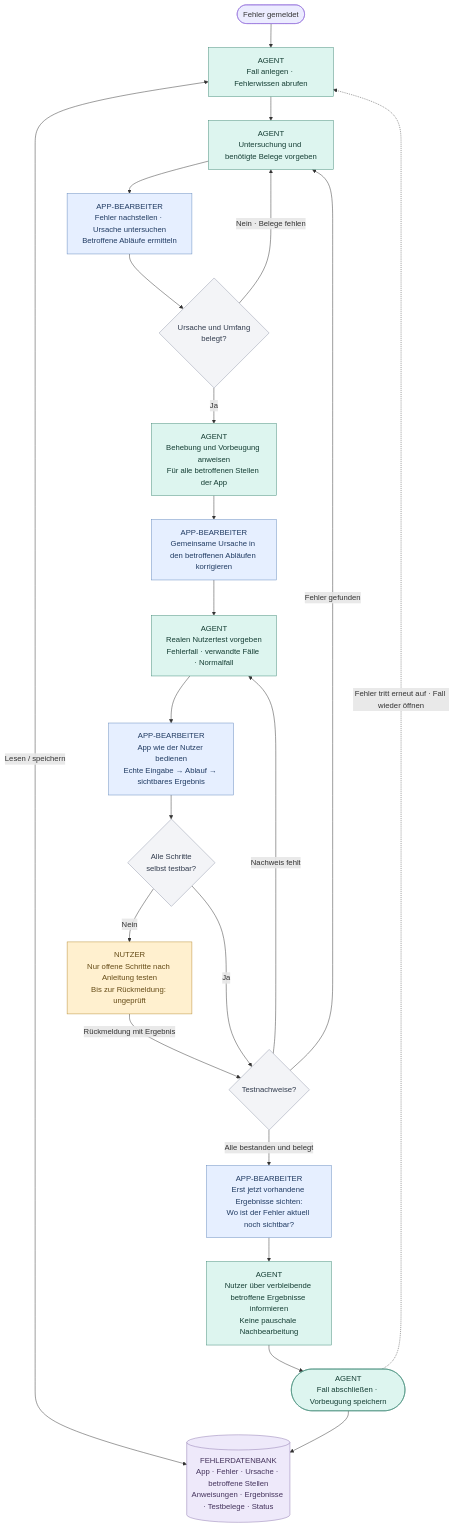
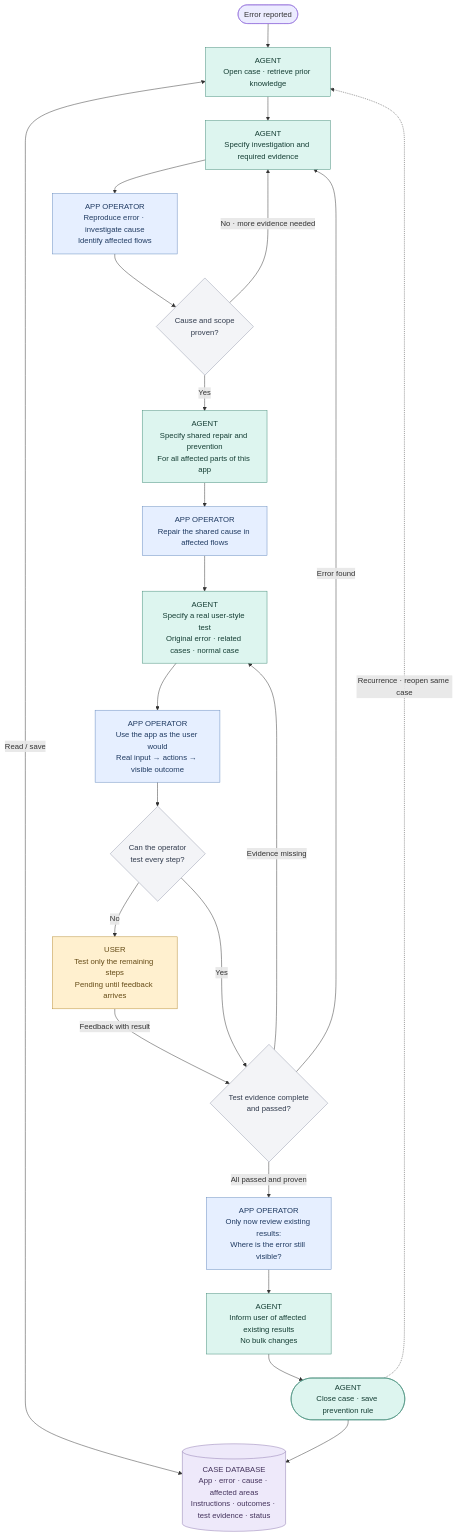
One commit to plutunieer/holistic-repair-agent changed the diagram in URS.md. Above: the diagram before and after it, drawn with Mermaid. The commit also changed other lines of this file and 2 other files, not shown here.

Commit message:
Translate repair agent URS to English

````diff
--- a/URS.md
+++ b/URS.md
@@ -9,36 +9,36 @@
 ```mermaid
 flowchart TD
-    START([Fehler gemeldet]) --> A["AGENT<br/>Fall anlegen · Fehlerwissen abrufen"]
-    DB[("FEHLERDATENBANK<br/>App · Fehler · Ursache · betroffene Stellen<br/>Anweisungen · Ergebnisse · Testbelege · Status")]
-    A <-->|Lesen / speichern| DB
-    A --> B["AGENT<br/>Untersuchung und benötigte Belege vorgeben"]
-    B --> C["APP-BEARBEITER<br/>Fehler nachstellen · Ursache untersuchen<br/>Betroffene Abläufe ermitteln"]
-    C --> D{"Ursache und Umfang<br/>belegt?"}
-    D -->|Nein · Belege fehlen| B
-    D -->|Ja| E["AGENT<br/>Behebung und Vorbeugung anweisen<br/>Für alle betroffenen Stellen der App"]
-    E --> F["APP-BEARBEITER<br/>Gemeinsame Ursache in den betroffenen Abläufen korrigieren"]
-    F --> G["AGENT<br/>Realen Nutzertest vorgeben<br/>Fehlerfall · verwandte Fälle · Normalfall"]
-    G --> H["APP-BEARBEITER<br/>App wie der Nutzer bedienen<br/>Echte Eingabe → Ablauf → sichtbares Ergebnis"]
-    H --> I{"Alle Schritte<br/>selbst testbar?"}
-    I -->|Nein| J["NUTZER<br/>Nur offene Schritte nach Anleitung testen<br/>Bis zur Rückmeldung: ungeprüft"]
-    I -->|Ja| K{"Testnachweise?"}
-    J -->|Rückmeldung mit Ergebnis| K
-    K -->|Fehler gefunden| B
-    K -->|Nachweis fehlt| G
-    K -->|Alle bestanden und belegt| L["APP-BEARBEITER<br/>Erst jetzt vorhandene Ergebnisse sichten:<br/>Wo ist der Fehler aktuell noch sichtbar?"]
-    L --> M["AGENT<br/>Nutzer über verbleibende betroffene Ergebnisse informieren<br/>Keine pauschale Nachbearbeitung"]
-    M --> END(["AGENT<br/>Fall abschließen · Vorbeugung speichern"])
+    START([Error reported]) --> A["AGENT<br/>Open case · retrieve prior knowledge"]
+    DB[("CASE DATABASE<br/>App · error · cause · affected areas<br/>Instructions · outcomes · test evidence · status")]
+    A <-->|Read / save| DB
+    A --> B["AGENT<br/>Specify investigation and required evidence"]
+    B --> C["APP OPERATOR<br/>Reproduce error · investigate cause<br/>Identify affected flows"]
+    C --> D{"Cause and scope<br/>proven?"}
+    D -->|No · more evidence needed| B
+    D -->|Yes| E["AGENT<br/>Specify shared repair and prevention<br/>For all affected parts of this app"]
+    E --> F["APP OPERATOR<br/>Repair the shared cause in affected flows"]
+    F --> G["AGENT<br/>Specify a real user-style test<br/>Original error · related cases · normal case"]
+    G --> H["APP OPERATOR<br/>Use the app as the user would<br/>Real input → actions → visible outcome"]
+    H --> I{"Can the operator<br/>test every step?"}
+    I -->|No| J["USER<br/>Test only the remaining steps<br/>Pending until feedback arrives"]
+    I -->|Yes| K{"Test evidence complete<br/>and passed?"}
+    J -->|Feedback with result| K
+    K -->|Error found| B
+    K -->|Evidence missing| G
+    K -->|All passed and proven| L["APP OPERATOR<br/>Only now review existing results:<br/>Where is the error still visible?"]
+    L --> M["AGENT<br/>Inform user of affected existing results<br/>No bulk changes"]
+    M --> END(["AGENT<br/>Close case · save prevention rule"])
     END --> DB
-    END -.->|Fehler tritt erneut auf · Fall wieder öffnen| A
+    END -.->|Recurrence · reopen same case| A
 
     classDef agent fill:#ddf5ef,stroke:#438c79,color:#153e34,stroke-width:1px;
     classDef work fill:#e6efff,stroke:#668bbf,color:#203b62,stroke-width:1px;
     classDef human fill:#fff0cf,stroke:#b88d36,color:#654b17,stroke-width:1px;
     classDef decision fill:#f3f4f7,stroke:#939bad,color:#313b4d,stroke-width:1px;
     classDef storage fill:#eee9fa,stroke:#8d79b0,color:#44335c,stroke-width:1px;
     class A,B,E,G,M,END agent;
     class C,F,H,L work;
     class J human;
     class D,I,K decision;
     class DB storage;
 ```
````
